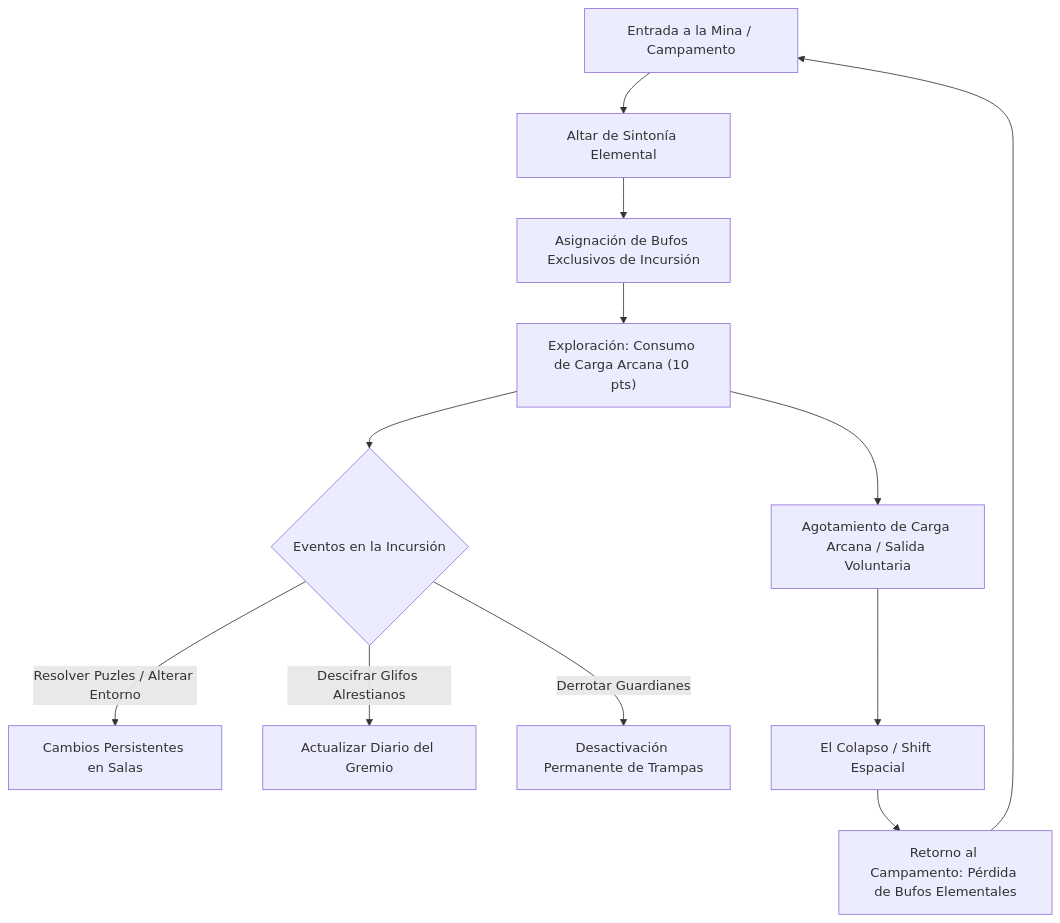
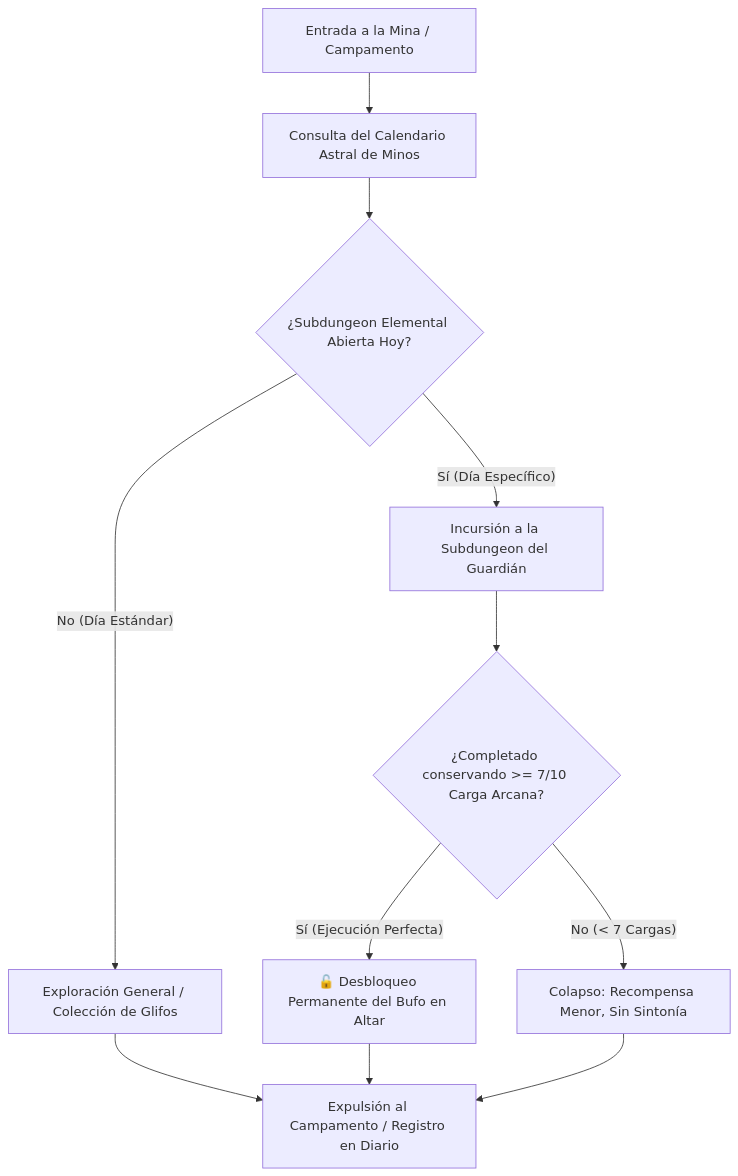
Before and after one commit to linkmati/ShivathLyss: the diagram in 7 - DM/OneShots/ARepeat/00-Indice_y_Sistemas_Core.md, drawn with Mermaid. The commit also changed other lines of this file and 2 other files, not shown here.

Commit message:
feat: add Elemental Days, Subdungeons and 7/10 Arcane Charge rule for permanent attunement unlock

````diff
--- a/7 - DM/OneShots/ARepeat/00-Indice_y_Sistemas_Core.md
+++ b/7 - DM/OneShots/ARepeat/00-Indice_y_Sistemas_Core.md
@@ -16,14 +16,11 @@
 ```mermaid
 flowchart TD
-    A["Entrada a la Mina / Campamento"] --> B["Altar de Sintonía Elemental"]
-    B --> C["Asignación de Bufos Exclusivos de Incursión"]
-    C --> D["Exploración: Consumo de Carga Arcana (10 pts)"]
-    D --> E{"Eventos en la Incursión"}
-    E -->|"Resolver Puzles / Alterar Entorno"| F["Cambios Persistentes en Salas"]
-    E -->|"Descifrar Glifos Alrestianos"| G["Actualizar Diario del Gremio"]
-    E -->|"Derrotar Guardianes"| H["Desactivación Permanente de Trampas"]
-    D --> I["Agotamiento de Carga Arcana / Salida Voluntaria"]
-    I --> J["El Colapso / Shift Espacial"]
-    J --> K["Retorno al Campamento: Pérdida de Bufos Elementales"]
-    K --> A
+    A["Entrada a la Mina / Campamento"] --> B["Consulta del Calendario Astral de Minos"]
+    B --> C{"¿Subdungeon Elemental Abierta Hoy?"}
+    C -->|"Sí (Día Específico)"| D["Incursión a la Subdungeon del Guardián"]
+    C -->|"No (Día Estándar)"| E["Exploración General / Colección de Glifos"]
+    D --> F{"¿Completado conservando >= 7/10 Carga Arcana?"}
+    F -->|"Sí (Ejecución Perfecta)"| G["🔓 Desbloqueo Permanente del Bufo en Altar"]
+    F -->|"No (< 7 Cargas)"| H["Colapso: Recompensa Menor, Sin Sintonía"]
+    E & G & H --> I["Expulsión al Campamento / Registro en Diario"]
 ```
````
